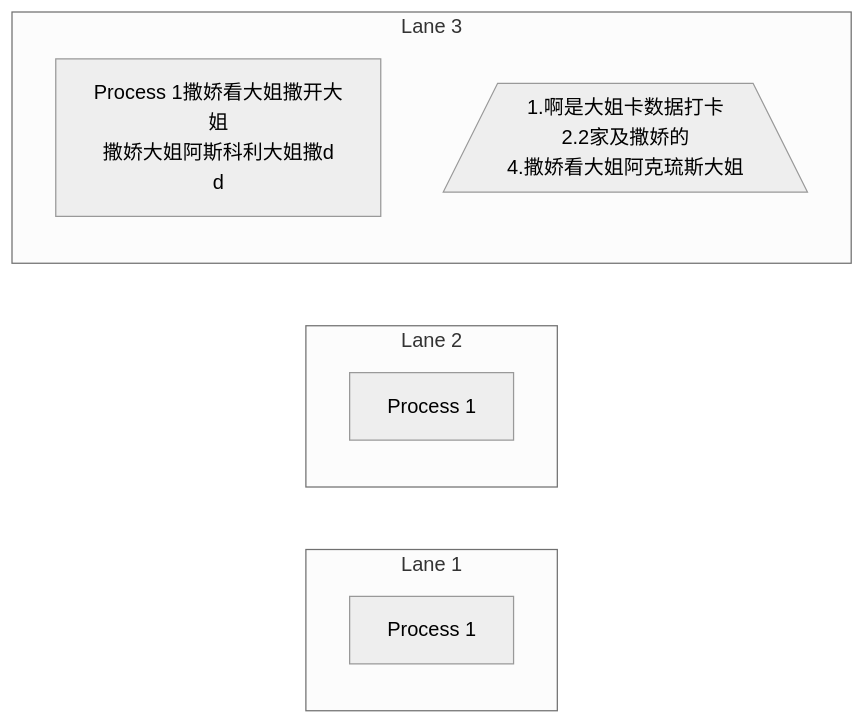
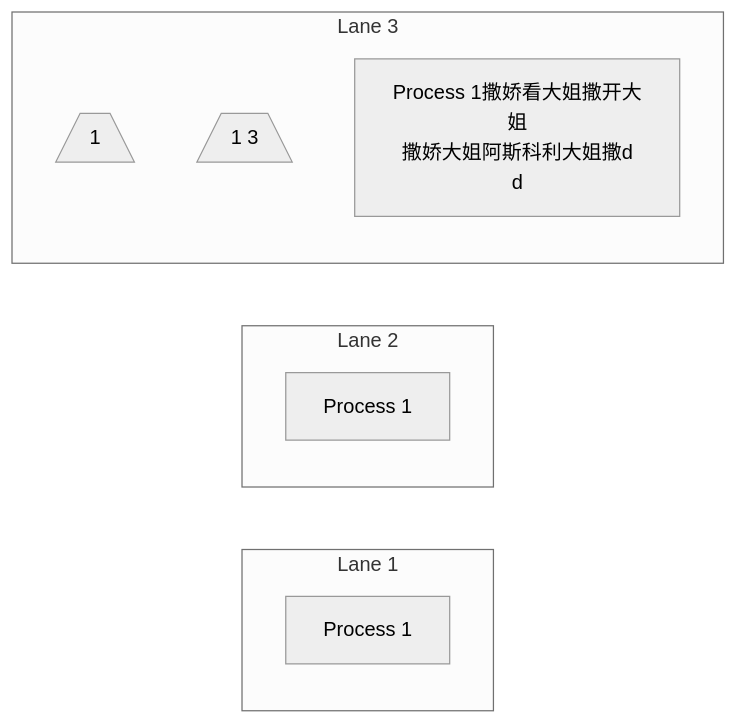
The diagram in mmd/1234_11d49e6a-0c1b-4df3-b4f5-9ab289d58d01.mmd (pingpm/mermaid_vault), drawn with Mermaid (neutral theme) before and after one commit. The commit also changed 2 other files, not shown here.

Commit message:
Sync Mermaid Studio data (15 diagrams)

```diff
--- a/mmd/1234_11d49e6a-0c1b-4df3-b4f5-9ab289d58d01.mmd
+++ b/mmd/1234_11d49e6a-0c1b-4df3-b4f5-9ab289d58d01.mmd
@@ -1,11 +1,12 @@
 flowchart LR
   subgraph lane_0["Lane 1"]
     t_0["Process 1"]
   end
   subgraph lane_1["Lane 2"]
     t_1["Process 1"]
   end
   subgraph lane_2["Lane 3"]
-    t_2["Process 1撒娇看大姐撒开大姐<br/>撒娇大姐阿斯科利大姐撒d<br/>d"]
-    t_3[/"1.啊是大姐卡数据打卡<br/>2.2家及撒娇的<br/>4.撒娇看大姐阿克琉斯大姐"\]
+    t_2[/"1"\]
+    t_3[/"1 3"\]
+    t_4["Process 1撒娇看大姐撒开大姐<br/>撒娇大姐阿斯科利大姐撒d<br/>d"]
   end
```
